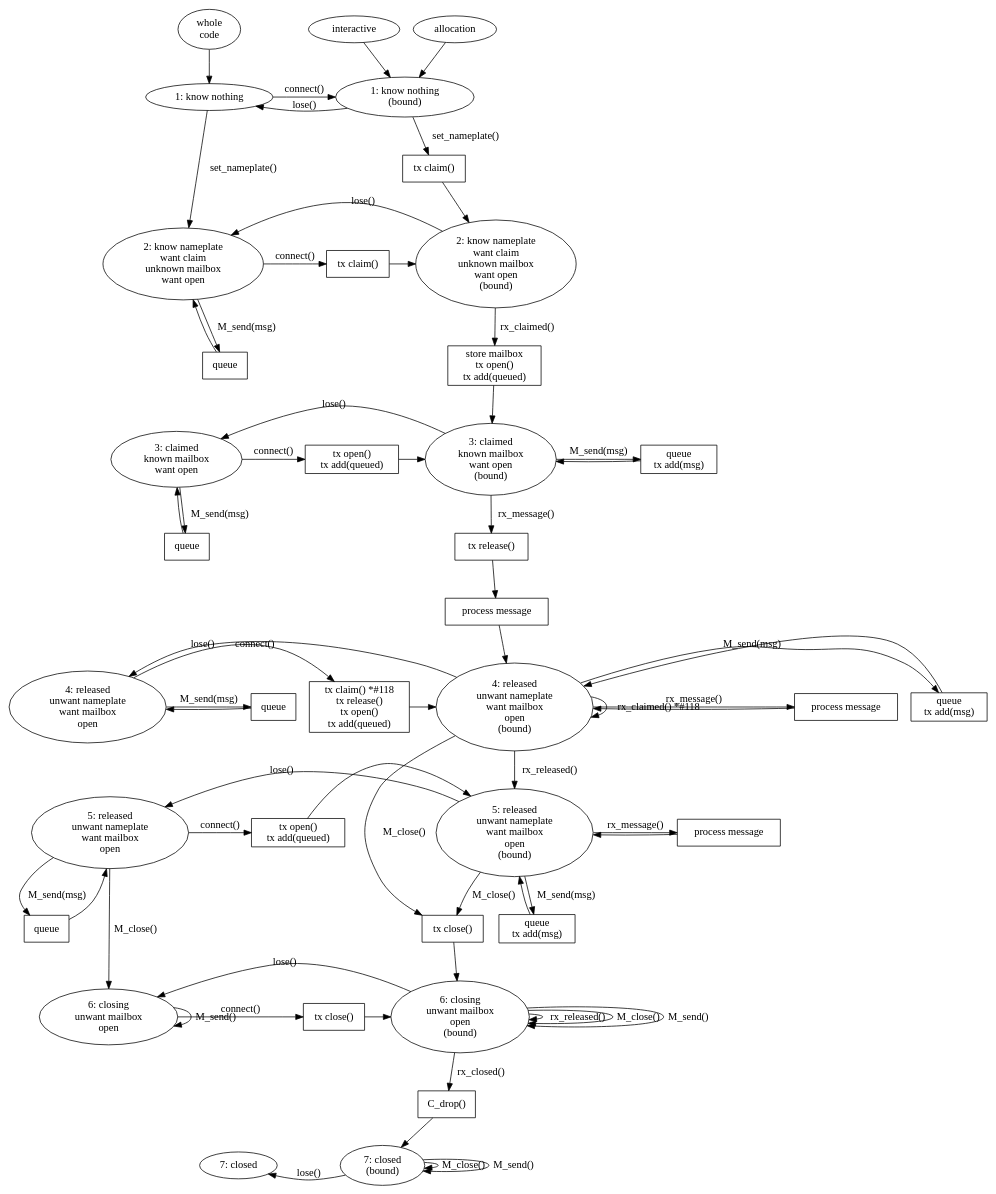
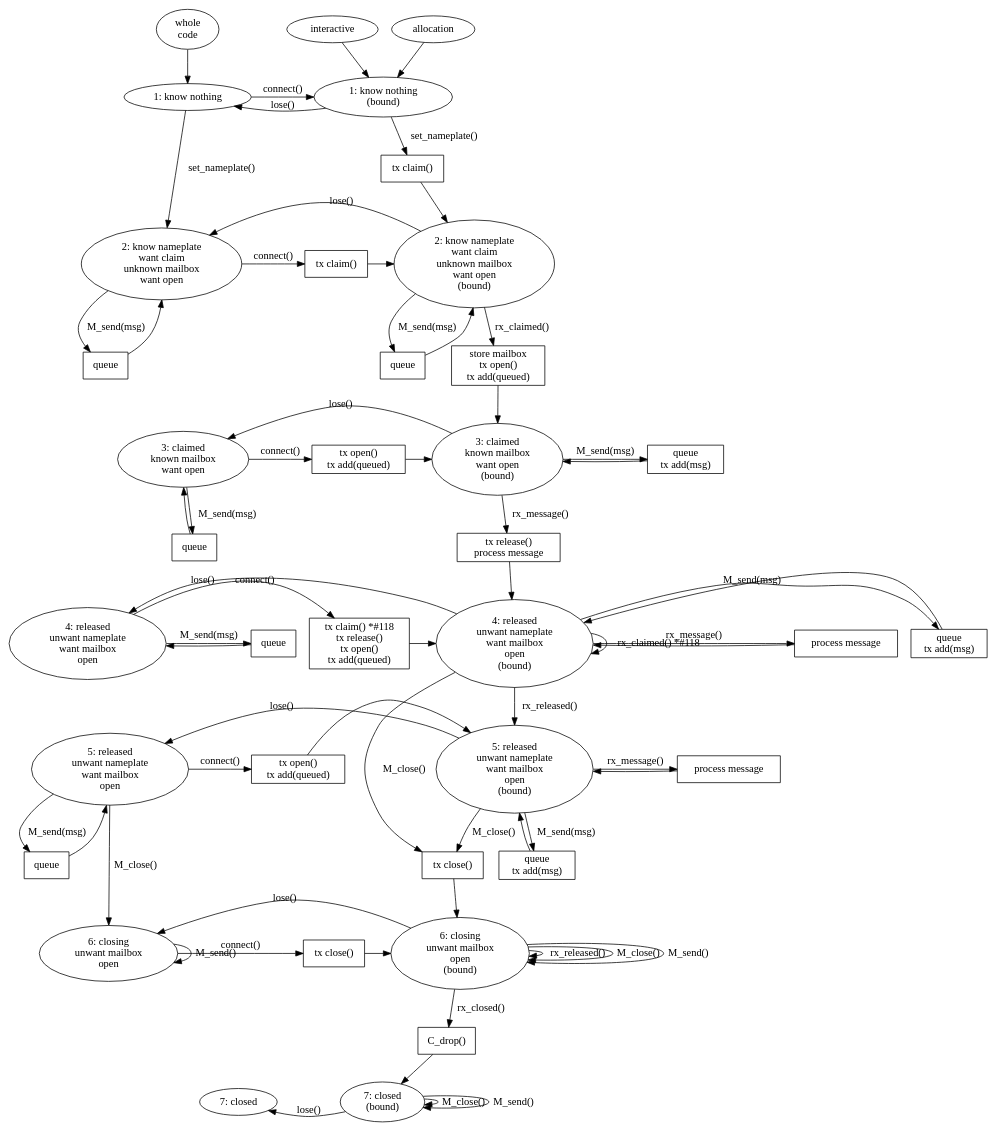
One commit to magic-wormhole/magic-wormhole changed the diagram in docs/w2.dot. Above: the diagram before and after it, drawn with Graphviz.

```diff
--- a/docs/w2.dot
+++ b/docs/w2.dot
@@ -1,126 +1,132 @@
 digraph {
         /* new idea */
 
         foo [label="whole\ncode"]
         foo -> S1
         allocation -> S1B
         interactive -> S1B
 
         {rank=same; S1 S1B}
         S1 [label="1: know nothing"]
         S1B [label="1: know nothing\n(bound)"]
-
         S1 -> S1B [label="connect()"]
         S1B -> S1 [label="lose()"]
+
+        S1 -> S2 [label="set_nameplate()"]
+        S1B -> P_claim1 [label="set_nameplate()"]
+        P_claim1 [shape="box" label="tx claim()"]
+        P_claim1 -> S2B
 
         {rank=same; S2 S2B P_claim2}
         S2 [label="2: know nameplate\nwant claim\nunknown mailbox\nwant open"]
         S2B [label="2: know nameplate\nwant claim\nunknown mailbox\nwant open\n(bound)"]
-        S1 -> S2 [label="set_nameplate()"]
         S2 -> P_claim2 [label="connect()"]
         S2B -> S2 [label="lose()"]
-        S1B -> P_claim1 [label="set_nameplate()"]
-        P_claim1 [shape="box" label="tx claim()"]
-        P_claim1 -> S2B
         P_claim2 [shape="box" label="tx claim()"]
         P_claim2 -> S2B
         S2 -> P2_queue [label="M_send(msg)"]
         P2_queue [shape="box" label="queue"]
         P2_queue -> S2
+        S2B -> P2B_queue [label="M_send(msg)"]
+        P2B_queue [shape="box" label="queue"]
+        P2B_queue -> S2B
+
+        S2 -> S3 [label="(none)" style="invis"]
+        S2B -> P_open [label="rx_claimed()"]
+        P_open [shape="box" label="store mailbox\ntx open()\ntx add(queued)"]
+        P_open -> S3B
 
         {rank=same; S3 S3B P3_open P3_send}
         S3 [label="3: claimed\nknown mailbox\nwant open"]
         S3B [label="3: claimed\nknown mailbox\nwant open\n(bound)"]
-        S2 -> S3 [label="(none)" style="invis"]
-        S2B -> P_open [label="rx_claimed()"]
-        P_open [shape="box" label="store mailbox\ntx open()\ntx add(queued)"]
-        P_open -> S3B
         S3 -> P3_open [label="connect()"]
         S3B -> S3 [label="lose()"]
         /*S3B -> S2 [label="lose()"]*/ /* not worth it */
         P3_open [shape="box" label="tx open()\ntx add(queued)"]
         P3_open -> S3B
         /*S3B -> S3B [label="rx_claimed()"] */
         S3B -> P3_send [label="M_send(msg)"]
         P3_send [shape="box" label="queue\ntx add(msg)"]
         P3_send -> S3B
         S3 -> P3_queue [label="M_send(msg)"]
         P3_queue [shape="box" label="queue"]
         P3_queue -> S3
 
+        S3 -> S4 [label="(none)" style="invis"]
+        S3B -> P3_release_process [label="rx_message()"]
+        P3_release_process [shape="box" label="tx release()\nprocess message"]
+        P3_release_process -> S4B
+
         {rank=same; S4 P4_release S4B P4_process P4_send P4_queue}
         S4 [label="4: released\nunwant nameplate\nwant mailbox\nopen\n"]
         S4B [label="4: released\nunwant nameplate\nwant mailbox\nopen\n(bound)"]
-        S3 -> S4 [label="(none)" style="invis"]
-        S3B -> P_release [label="rx_message()"]
-        P_release [shape="box" label="tx release()"]
-        P_release -> P3_process
-        P3_process [shape="box" label="process message"]
-        P3_process -> S4B
         S4 -> P4_release [label="connect()"]
         /* it is currently an error to release a nameplate you aren't
         currently claiming, so release() is not idempotent. #118 fixes that */
         P4_release [shape="box" label="tx claim() *#118\ntx release()\ntx open()\ntx add(queued)"]
         S4B -> S4B [label="rx_claimed() *#118"]
         S4B -> P_close [label="M_close()"]
         S4B -> P4_send [label="M_send(msg)"]
         P4_send [shape="box" label="queue\ntx add(msg)"]
         P4_send -> S4B
         S4 -> P4_queue [label="M_send(msg)"]
         P4_queue [shape="box" label="queue"]
         P4_queue -> S4
 
         P4_release -> S4B
         S4B -> S4 [label="lose()"]
         S4B -> P4_process [label="rx_message()"]
         P4_process [shape="box" label="process message"]
         P4_process -> S4B
 
+        S4 -> S5 [label="(none)" style="invis"]
+        S4B -> S5B [label="rx_released()"]
+
         {rank=same; S5 S5B P5_open P5_process}
         S5 [label="5: released\nunwant nameplate\nwant mailbox\nopen\n"]
         S5B [label="5: released\nunwant nameplate\nwant mailbox\nopen\n(bound)"]
-        S4 -> S5 [label="(none)" style="invis"]
-        S4B -> S5B [label="rx_released()"]
         S5 -> P5_open [label="connect()"]
         P5_open [shape="box" label="tx open()\ntx add(queued)"]
         P5_open -> S5B
         S5B -> S5 [label="lose()"]
         S5B -> P5_process [label="rx_message()"]
         P5_process [shape="box" label="process message"]
         P5_process -> S5B
         S5B -> P5_send [label="M_send(msg)"]
         P5_send [shape="box" label="queue\ntx add(msg)"]
         P5_send -> S5B
         S5 -> P5_queue [label="M_send(msg)"]
         P5_queue [shape="box" label="queue"]
         P5_queue -> S5
 
-        {rank=same; S6 P6_close S6B}
-        S6 [label="6: closing\nunwant mailbox\nopen\n"]
-        S6B [label="6: closing\nunwant mailbox\nopen\n(bound)"]
         S5 -> S6 [label="M_close()"]
         S5B -> P_close [label="M_close()"]
         P_close [shape="box" label="tx close()"]
         P_close -> S6B
+
+        {rank=same; S6 P6_close S6B}
+        S6 [label="6: closing\nunwant mailbox\nopen\n"]
+        S6B [label="6: closing\nunwant mailbox\nopen\n(bound)"]
         S6 -> P6_close [label="connect()"]
         P6_close [shape="box" label="tx close()"]
         P6_close -> S6B
         S6B -> S6 [label="lose()"]
         S6B -> S6B [label="rx_released()"]
         S6B -> S6B [label="M_close()"]
         S6B -> S6B [label="M_send()"]
         S6 -> S6 [label="M_send()"]
 
-        {rank=same; S7 S7B}
-        S7 [label="7: closed\n"]
-        S7B [label="7: closed\n(bound)"]
         S6 -> S7 [label="(none)" style="invis"]
         S6B -> P7_drop [label="rx_closed()"]
         P7_drop [shape="box" label="C_drop()"]
         P7_drop -> S7B
+
+        {rank=same; S7 S7B}
+        S7 [label="7: closed\n"]
+        S7B [label="7: closed\n(bound)"]
         S7 -> S7B [label="connect()" style="invis"]
         S7B -> S7 [label="lose()"]
         S7B -> S7B [label="M_close()"]
         S7B -> S7B [label="M_send()"]
 
 }
```
